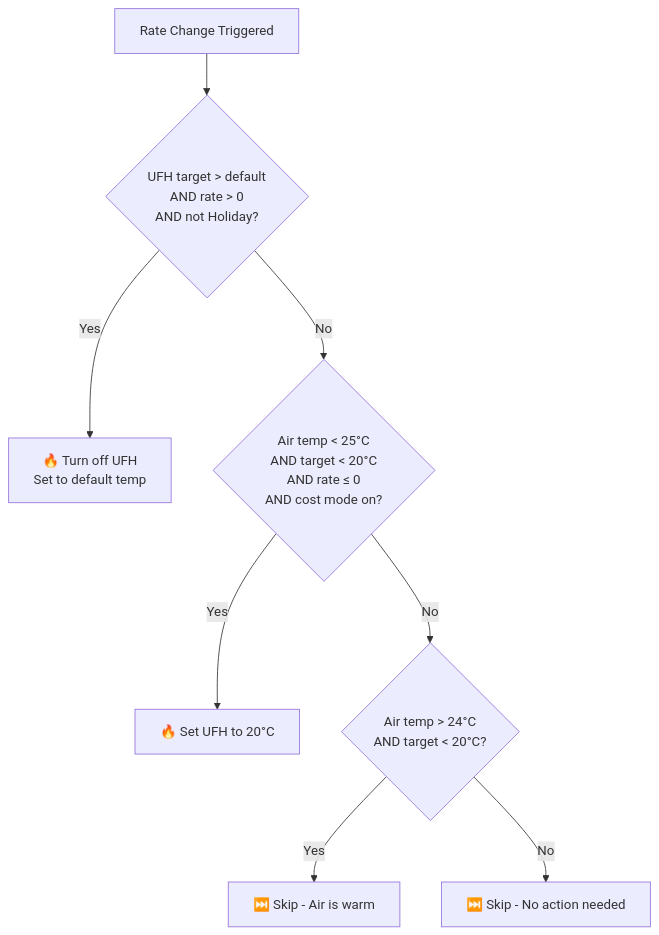
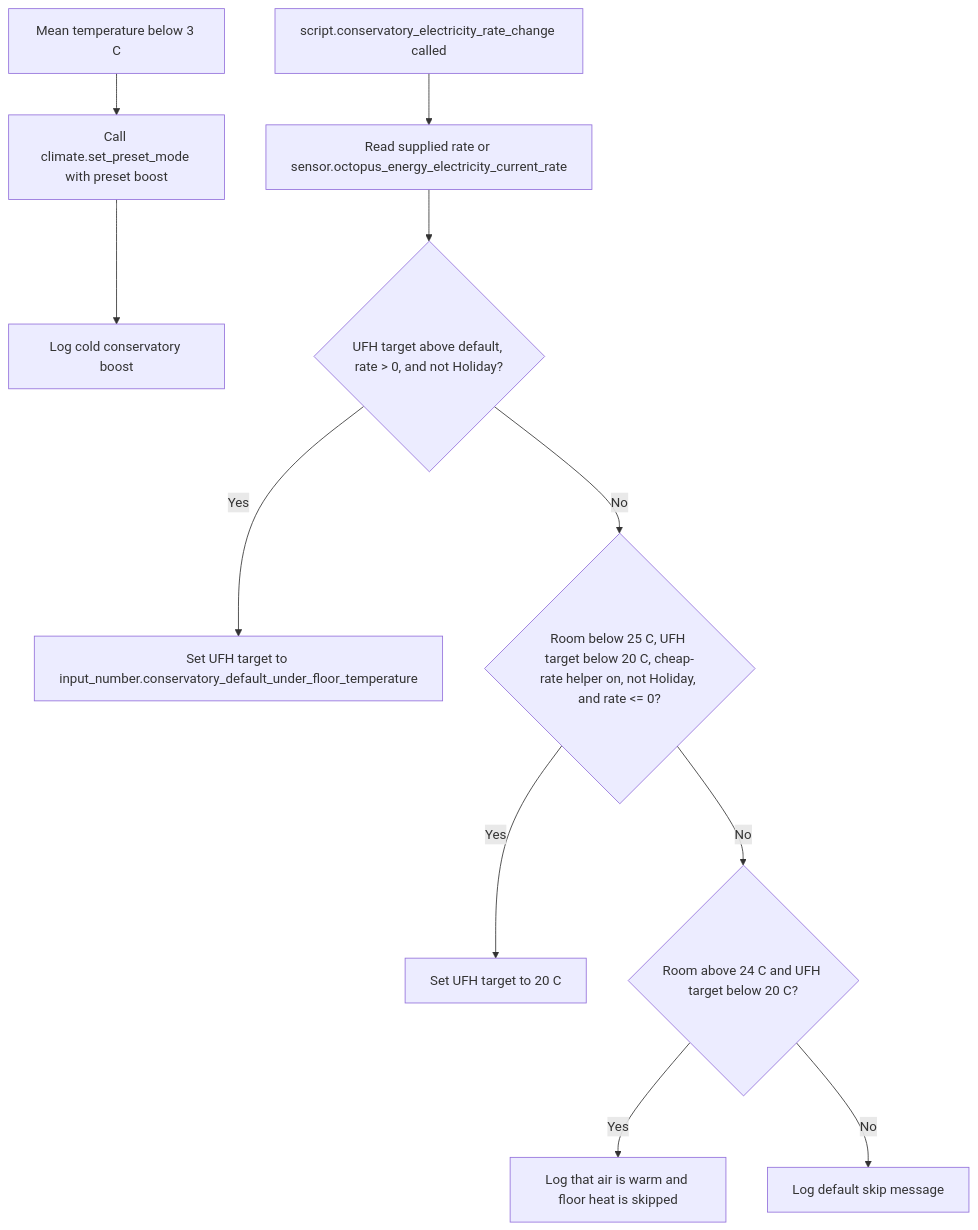
Before and after one commit to dannytsang/homeassistant-config: the seventh of 10 diagrams in packages/rooms/conservatory/README.md, drawn with Mermaid. The commit also changed other lines of this file and 60 other files, not shown here.

````diff
--- a/packages/rooms/conservatory/README.md
+++ b/packages/rooms/conservatory/README.md
@@ -446,10 +211,14 @@
 ```mermaid
 flowchart TD
-    A["Rate Change Triggered"] --> B{"UFH target > default<br/>AND rate > 0<br/>AND not Holiday?"}
-    B -->|Yes| C["🔥 Turn off UFH<br/>Set to default temp"]
-    B -->|No| D{"Air temp < 25°C<br/>AND target < 20°C<br/>AND rate ≤ 0<br/>AND cost mode on?"}
-    D -->|Yes| E["🔥 Set UFH to 20°C"]
-    D -->|No| F{"Air temp > 24°C<br/>AND target < 20°C?"}
-    F -->|Yes| G["⏭️ Skip - Air is warm"]
-    F -->|No| H["⏭️ Skip - No action needed"]
+    Cold[Mean temperature below 3 C] --> Boost[Call climate.set_preset_mode with preset boost]
+    Boost --> ColdLog[Log cold conservatory boost]
+
+    RateChange[script.conservatory_electricity_rate_change called] --> CurrentRate[Read supplied rate or sensor.octopus_energy_electricity_current_rate]
+    CurrentRate --> Costly{UFH target above default, rate > 0, and not Holiday?}
+    Costly -->|Yes| DefaultTemp[Set UFH target to input_number.conservatory_default_under_floor_temperature]
+    Costly -->|No| Cheap{Room below 25 C, UFH target below 20 C, cheap-rate helper on, not Holiday, and rate <= 0?}
+    Cheap -->|Yes| WarmFloor[Set UFH target to 20 C]
+    Cheap -->|No| HotAir{Room above 24 C and UFH target below 20 C?}
+    HotAir -->|Yes| SkipHot[Log that air is warm and floor heat is skipped]
+    HotAir -->|No| SkipDefault[Log default skip message]
 ```
````
